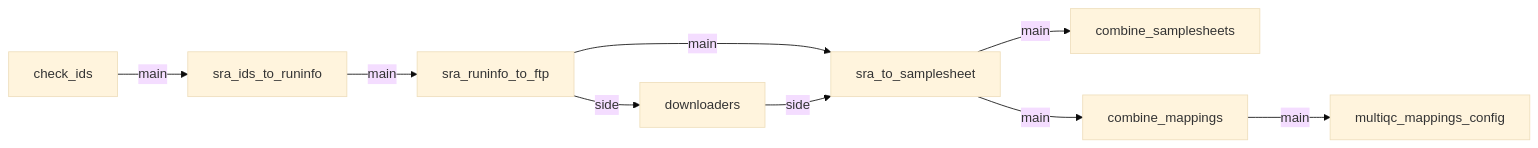
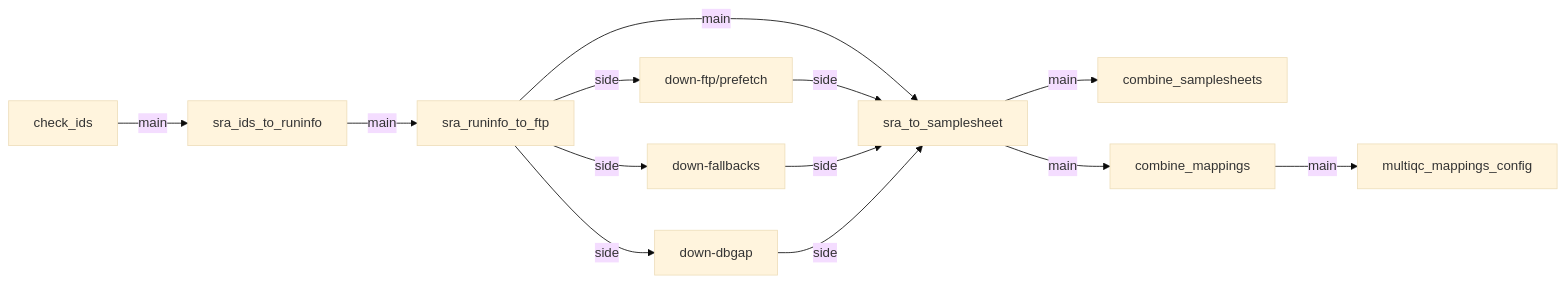
Before and after one commit to oxo-flow-community/oxo-flow-community.github.io: the diagram in scripts/semantic_maps/oxo-flow-fetchngs.mmd, drawn with Mermaid (base theme). The commit also changed 46 other files, not shown here.

```diff
--- a/scripts/semantic_maps/oxo-flow-fetchngs.mmd
+++ b/scripts/semantic_maps/oxo-flow-fetchngs.mmd
@@ -1,15 +1,19 @@
 %%metro line: main | Main pipeline | #79706E
 %%metro line: side | Assist routes | #E8A33D
 %%metro font_scale: 1.9
 %%metro stroke_scale: 1.6
 %%metro legend: br
 
 graph LR
     check_ids -->|main| sra_ids_to_runinfo
     sra_ids_to_runinfo -->|main| sra_runinfo_to_ftp
     sra_runinfo_to_ftp -->|main| sra_to_samplesheet
     sra_to_samplesheet -->|main| combine_samplesheets
     sra_to_samplesheet -->|main| combine_mappings
     combine_mappings -->|main| multiqc_mappings_config
-    sra_runinfo_to_ftp -->|side| downloaders
-    downloaders -->|side| sra_to_samplesheet
+    sra_runinfo_to_ftp -->|side| down-ftp/prefetch
+    sra_runinfo_to_ftp -->|side| down-fallbacks
+    sra_runinfo_to_ftp -->|side| down-dbgap
+    down-ftp/prefetch -->|side| sra_to_samplesheet
+    down-fallbacks -->|side| sra_to_samplesheet
+    down-dbgap -->|side| sra_to_samplesheet
```
